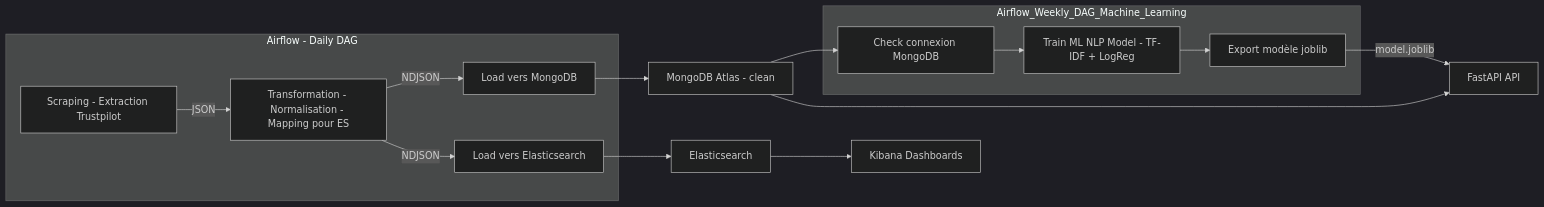
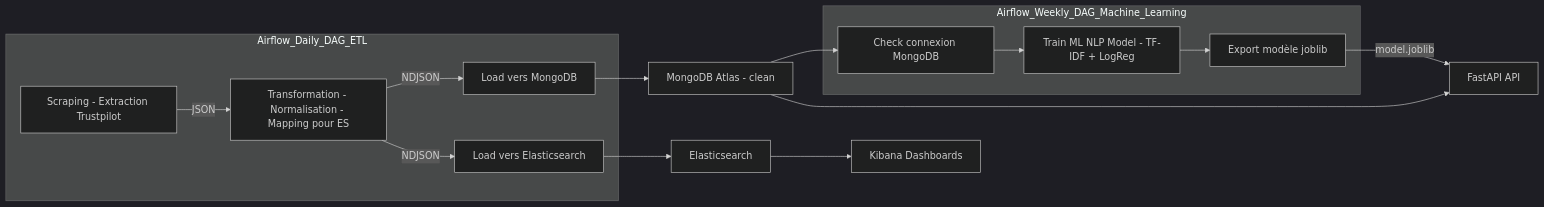
Before and after one commit to AbderraoufBou14/trustpilot-sentiment-data-pipeline: the diagram in README.md, drawn with Mermaid (dark theme).

Commit message:
Rename Airflow DAG subgraph for clarity

````diff
--- a/README.md
+++ b/README.md
@@ -27,35 +27,35 @@
 ```mermaid
 flowchart LR
     %% --- Daily DAG ---
-    subgraph D[Airflow - Daily DAG]
+    subgraph D[Airflow_Daily_DAG_ETL]
         D1[Scraping - Extraction Trustpilot]
         D2[Transformation - Normalisation - Mapping pour ES]
         D3[Load vers MongoDB]
         D4[Load vers Elasticsearch]
         D1 --> |JSON| D2
         D2 --> |NDJSON| D3
         D2 --> |NDJSON| D4
     end
 
     %% --- Weekly DAG ---
     subgraph subgraph W[Airflow_Weekly_DAG_Machine_Learning]
         W1[Check connexion MongoDB]
         W2[Train ML NLP Model - TF-IDF + LogReg]
         W3[Export modèle joblib]
         W1 --> W2 --> W3
     end
 
     %% --- Bases et services ---
     M[MongoDB Atlas - clean]
     E[Elasticsearch]
     G[FastAPI API]
     K[Kibana Dashboards]
 
     %% --- Flux de données ---
     D3 --> M
     D4 --> E
     M --> W1
     M --> G
     W3 --> |model.joblib| G
     E --> K
 ```
````
